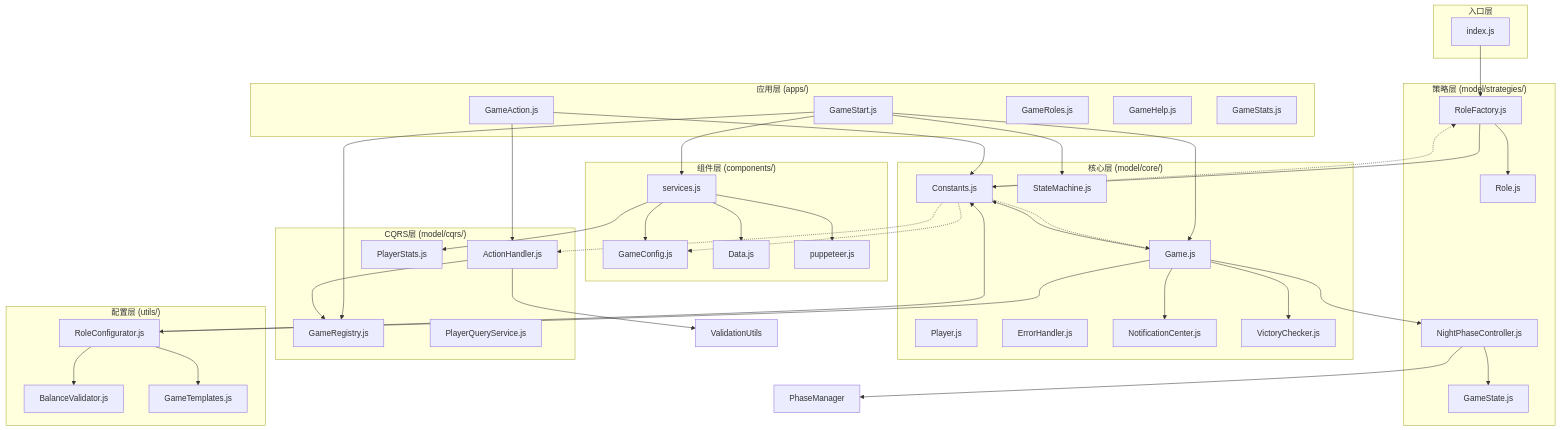
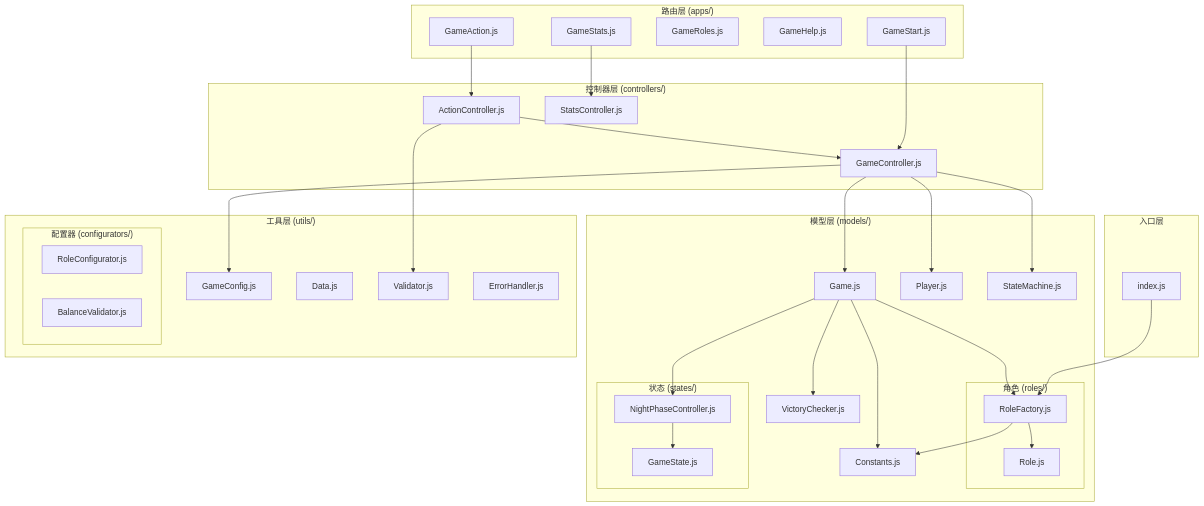
Before and after one commit to xingyu42/werewolf-plugin: the diagram in PROJECT_INDEX.md, drawn with Mermaid. The commit also changed other lines of this file and 11 other files, not shown here.

````diff
--- a/PROJECT_INDEX.md
+++ b/PROJECT_INDEX.md
@@ -127,7 +160,7 @@
         index[index.js]
     end
 
-    subgraph "应用层 (apps/)"
+    subgraph "路由层 (apps/)"
         GameStart[GameStart.js]
         GameAction[GameAction.js]
         GameRoles[GameRoles.js]
@@ -135,81 +168,64 @@
         GameStats[GameStats.js]
     end
 
-    subgraph "组件层 (components/)"
-        services[services.js]
-        GameConfig[GameConfig.js]
-        Data[Data.js]
-        puppeteer[puppeteer.js]
+    subgraph "控制器层 (controllers/)"
+        GameController[GameController.js]
+        ActionController[ActionController.js]
+        StatsController[StatsController.js]
     end
 
-    subgraph "核心层 (model/core/)"
+    subgraph "模型层 (models/)"
         Game[Game.js]
         Player[Player.js]
         Constants[Constants.js]
         StateMachine[StateMachine.js]
-        ErrorHandler[ErrorHandler.js]
-        NotificationCenter[NotificationCenter.js]
         VictoryChecker[VictoryChecker.js]
+
+        subgraph "角色 (roles/)"
+            RoleFactory[RoleFactory.js]
+            Role[Role.js]
+        end
+
+        subgraph "状态 (states/)"
+            GameState[GameState.js]
+            NightPhaseController[NightPhaseController.js]
+        end
     end
 
-    subgraph "CQRS层 (model/cqrs/)"
-        GameRegistry[GameRegistry.js]
-        ActionHandler[ActionHandler.js]
-        PlayerQueryService[PlayerQueryService.js]
-        PlayerStats[PlayerStats.js]
-    end
+    subgraph "工具层 (utils/)"
+        GameConfig[GameConfig.js]
+        Data[Data.js]
+        Validator[Validator.js]
+        ErrorHandler[ErrorHandler.js]
 
-    subgraph "策略层 (model/strategies/)"
-        RoleFactory[RoleFactory.js]
-        Role[Role.js]
-        GameState[GameState.js]
-        NightPhaseController[NightPhaseController.js]
-    end
-
-    subgraph "配置层 (utils/)"
-        RoleConfigurator[RoleConfigurator.js]
-        BalanceValidator[BalanceValidator.js]
-        GameTemplates[GameTemplates.js]
+        subgraph "配置器 (configurators/)"
+            RoleConfigurator[RoleConfigurator.js]
+            BalanceValidator[BalanceValidator.js]
+        end
     end
 
     %% 依赖关系
     index --> RoleFactory
 
-    GameStart --> services
-    GameStart --> Game
-    GameStart --> GameRegistry
-    GameStart --> StateMachine
+    GameStart --> GameController
+    GameAction --> ActionController
+    GameStats --> StatsController
 
-    GameAction --> ActionHandler
-    GameAction --> Constants
+    GameController --> Game
+    GameController --> Player
+    GameController --> StateMachine
+    GameController --> GameConfig
 
-    services --> Data
-    services --> GameConfig
-    services --> puppeteer
-    services --> PlayerStats
+    ActionController --> GameController
+    ActionController --> Validator
 
     Game --> VictoryChecker
-    Game --> RoleConfigurator
-    Game --> NotificationCenter
+    Game --> RoleFactory
     Game --> NightPhaseController
     Game --> Constants
-
-    ActionHandler --> GameRegistry
-    ActionHandler --> ValidationUtils
 
     RoleFactory --> Role
     RoleFactory --> Constants
 
     NightPhaseController --> GameState
-    NightPhaseController --> PhaseManager
-
-    RoleConfigurator --> GameTemplates
-    RoleConfigurator --> BalanceValidator
-    RoleConfigurator --> Constants
-
-    %% 常量是核心
-    Constants -.-> GameConfig
-    Constants -.-> RoleFactory
-    Constants -.-> Game
-    Constants -.-> ActionHandler
 ```
````
